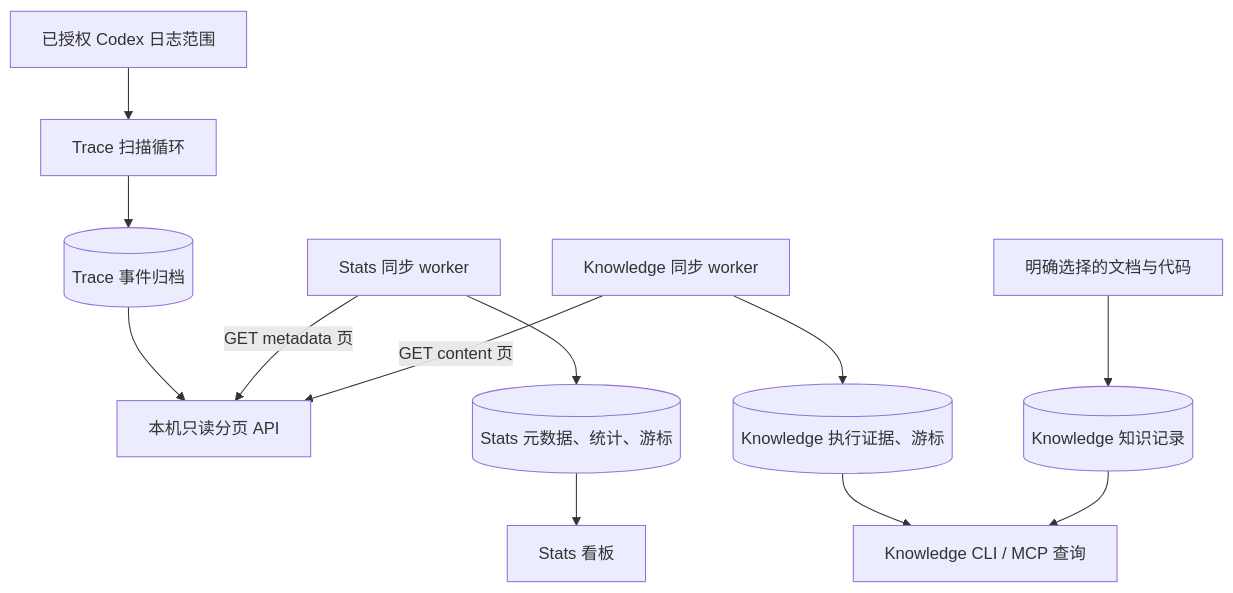
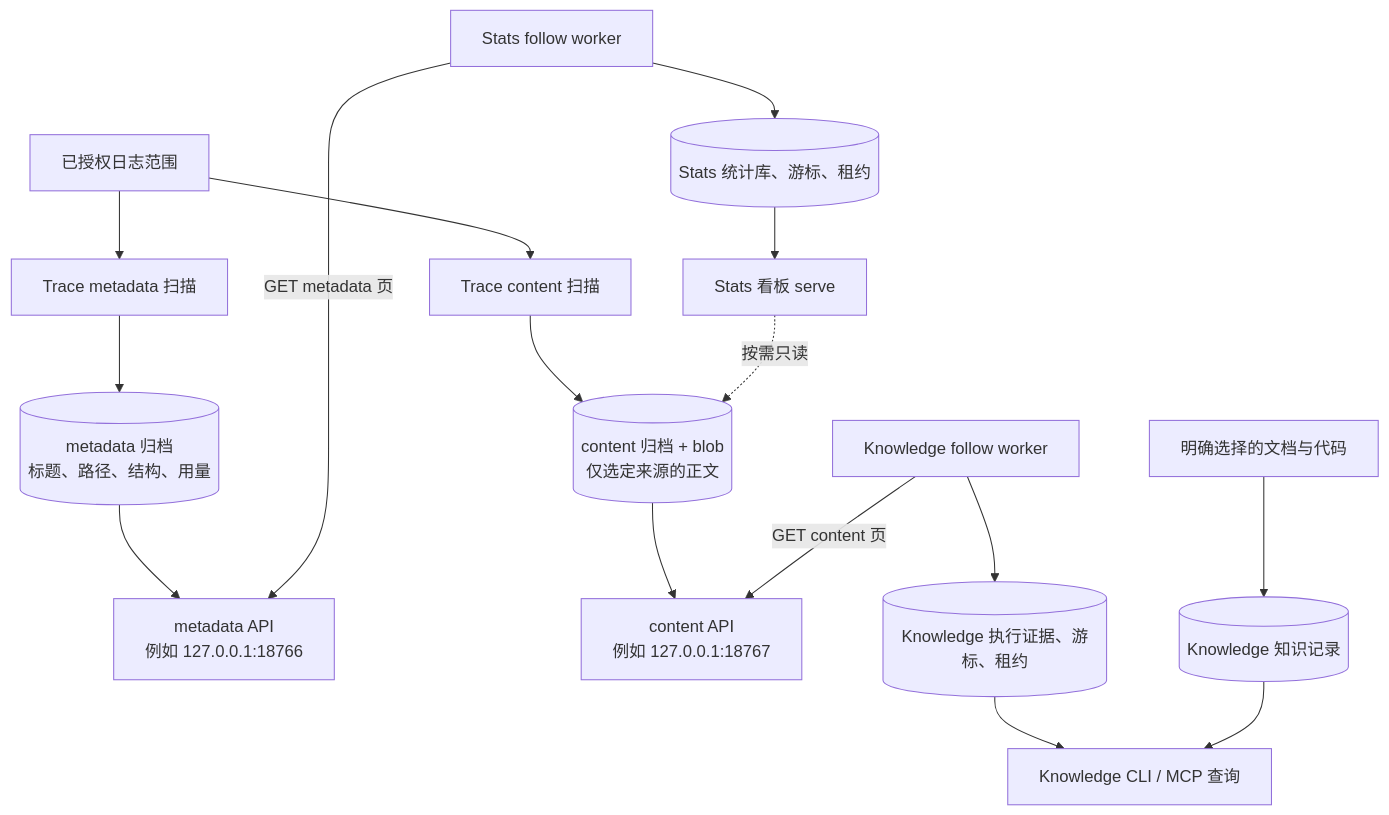
The first of 2 diagrams in docs/continuous-collection.md (dixiaoshai/agent-trace), drawn with Mermaid before and after one commit. The commit also changed other lines of this file and 18 other files, not shown here.

````diff
--- a/docs/continuous-collection.md
+++ b/docs/continuous-collection.md
@@ -31,14 +31,18 @@
 ```mermaid
 flowchart TD
-    L[已授权 Codex 日志范围] --> P[Trace 扫描循环]
-    P --> T[(Trace 事件归档)]
-    T --> API[本机只读分页 API]
-    S[Stats 同步 worker] -->|GET metadata 页| API
-    S --> SD[(Stats 元数据、统计、游标)]
-    SD --> SW[Stats 看板]
-    K[Knowledge 同步 worker] -->|GET content 页| API
-    K --> KE[(Knowledge 执行证据、游标)]
+    L[已授权日志范围] --> PM[Trace metadata 扫描]
+    L --> PC[Trace content 扫描]
+    PM --> TM[(metadata 归档<br/>标题、路径、结构、用量)]
+    PC --> TC[(content 归档 + blob<br/>仅选定来源的正文)]
+    TM --> AM[metadata API<br/>例如 127.0.0.1:18766]
+    TC --> AC[content API<br/>例如 127.0.0.1:18767]
+    S[Stats follow worker] -->|GET metadata 页| AM
+    S --> SD[(Stats 统计库、游标、租约)]
+    SD --> SW[Stats 看板 serve]
+    SW -.按需只读.-> TC
+    K[Knowledge follow worker] -->|GET content 页| AC
+    K --> KE[(Knowledge 执行证据、游标、租约)]
     DOC[明确选择的文档与代码] --> KK[(Knowledge 知识记录)]
     KE --> MCP[Knowledge CLI / MCP 查询]
     KK --> MCP
 ```
````
